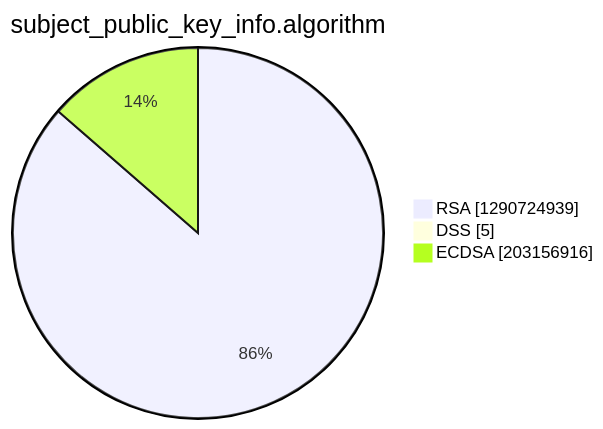
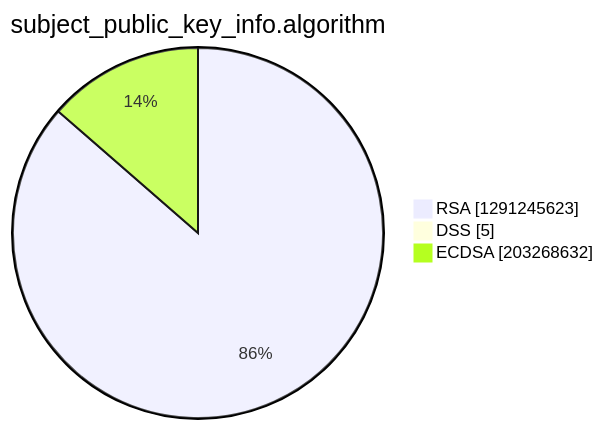
One commit to christiankrug/ctmonitor_visualization changed the third of 15 diagrams in argon2022/README.md. Above: the diagram before and after it, drawn with Mermaid. The commit also changed other lines of this file, not shown here.

````diff
--- a/argon2022/README.md
+++ b/argon2022/README.md
@@ -14,7 +14,7 @@
 ```mermaid
 pie showData
 title subject_public_key_info.algorithm
-"RSA" :1290724939
+"RSA" :1291245623
 "DSS" :5
-"ECDSA" :203156916
+"ECDSA" :203268632
 ```
````
